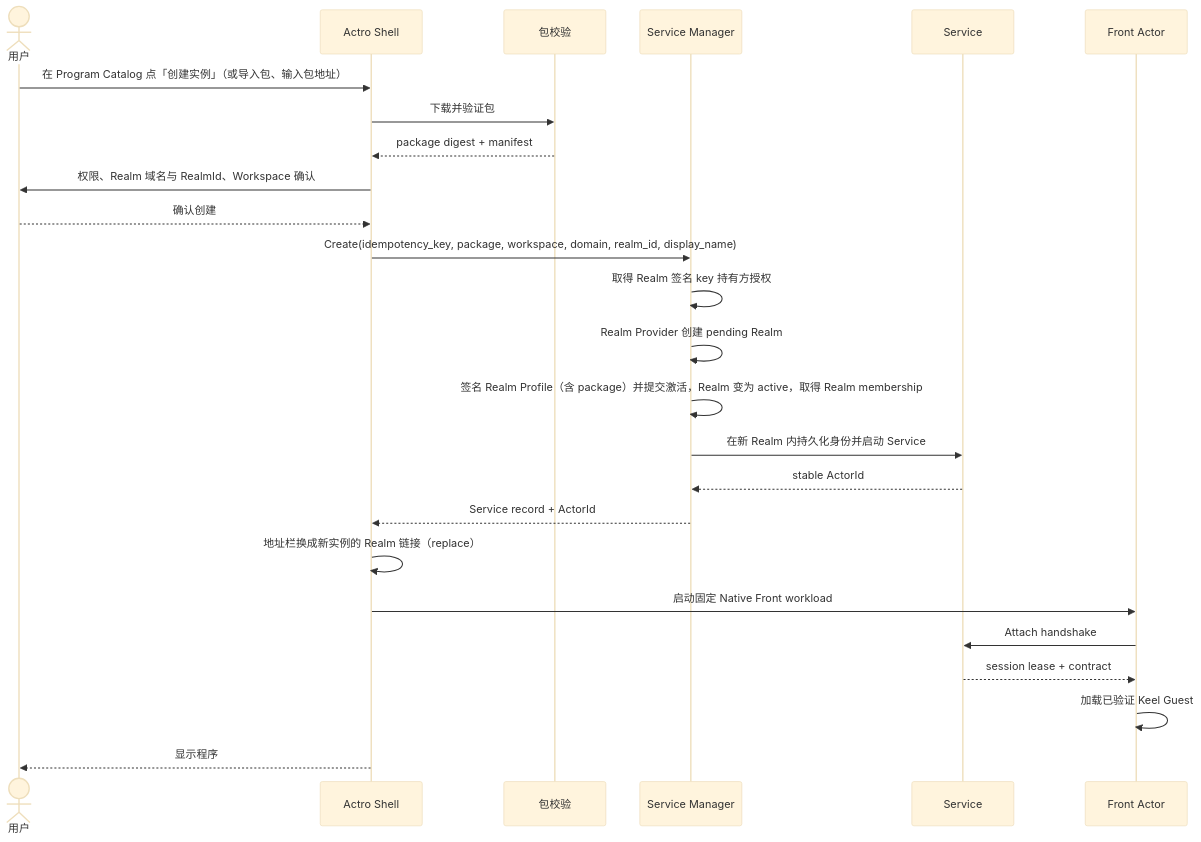
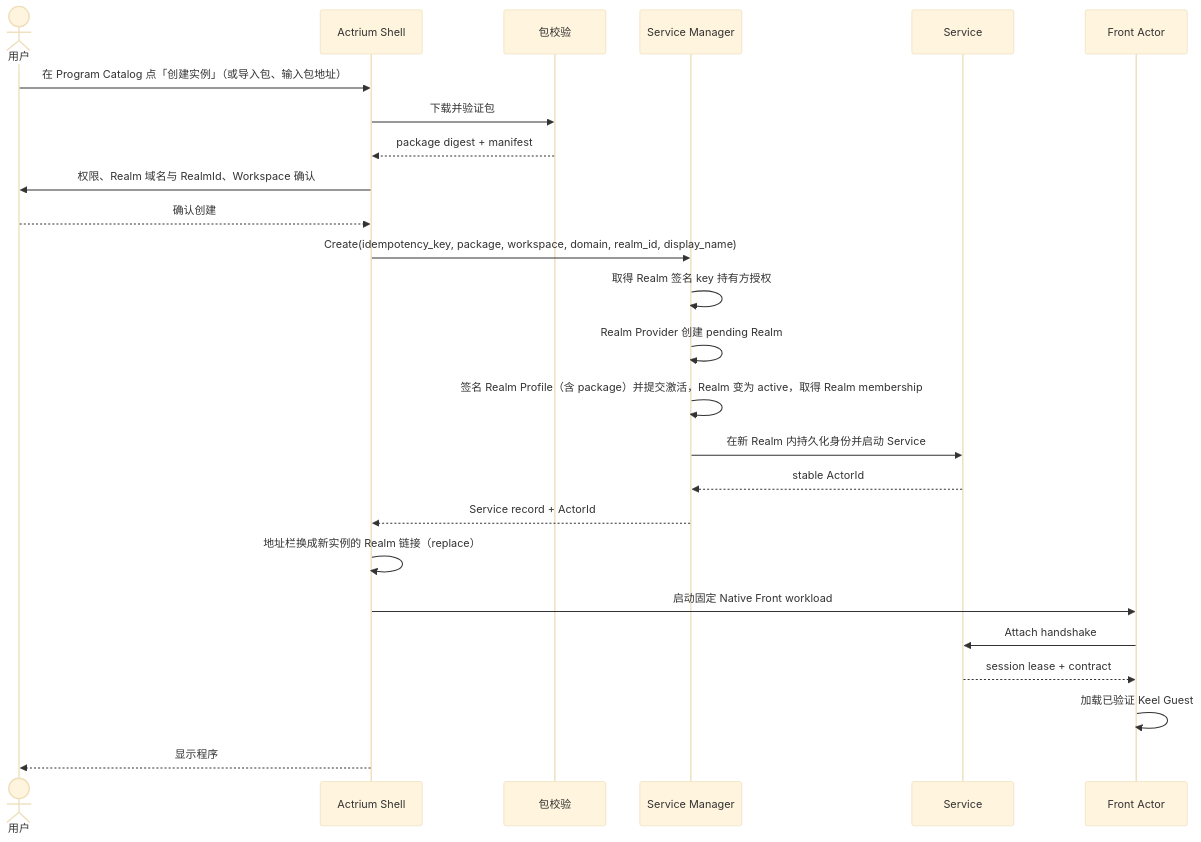
The diagram in docs/product/actrium-v1/03-user-experience.zh.md (Actrium/actrium), drawn with Mermaid (base theme) before and after one commit. The commit also changed other lines of this file and 38 other files, not shown here.

First line of the commit message:
docs: rename the user product Actro to Actrium

````diff
--- a/docs/product/actrium-v1/03-user-experience.zh.md
+++ b/docs/product/actrium-v1/03-user-experience.zh.md
@@ -116,28 +116,28 @@
 ```mermaid
 sequenceDiagram
     actor U as 用户
-    participant A as Actro Shell
+    participant A as Actrium Shell
     participant P as 包校验
     participant M as Service Manager
     participant S as Service
     participant F as Front Actor
 
     U->>A: 在 Program Catalog 点「创建实例」（或导入包、输入包地址）
     A->>P: 下载并验证包
     P-->>A: package digest + manifest
     A->>U: 权限、Realm 域名与 RealmId、Workspace 确认
     U-->>A: 确认创建
     A->>M: Create(idempotency_key, package, workspace, domain, realm_id, display_name)
     M->>M: 取得 Realm 签名 key 持有方授权
     M->>M: Realm Provider 创建 pending Realm
     M->>M: 签名 Realm Profile（含 package）并提交激活，Realm 变为 active，取得 Realm membership
     M->>S: 在新 Realm 内持久化身份并启动 Service
     S-->>M: stable ActorId
     M-->>A: Service record + ActorId
     A->>A: 地址栏换成新实例的 Realm 链接（replace）
     A->>F: 启动固定 Native Front workload
     F->>S: Attach handshake
     S-->>F: session lease + contract
     F->>F: 加载已验证 Keel Guest
     A-->>U: 显示程序
 ```
````
